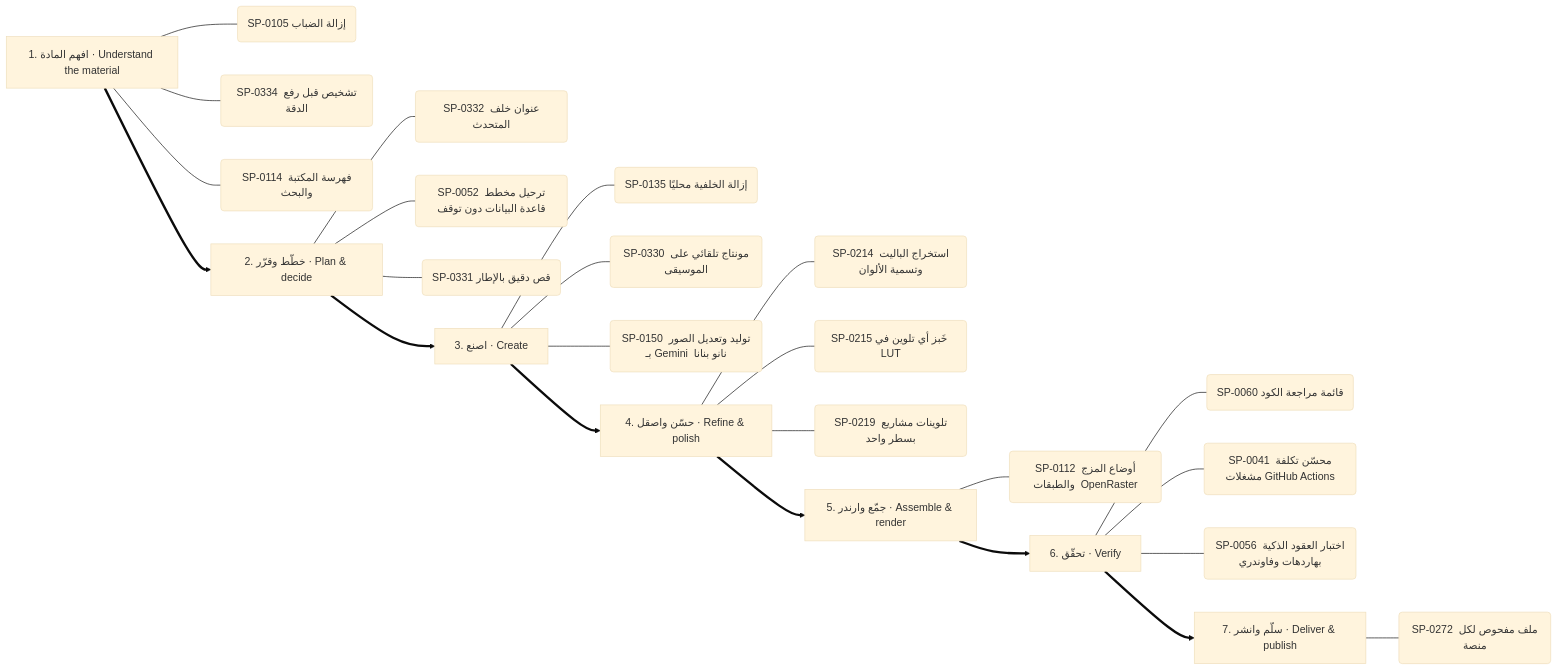
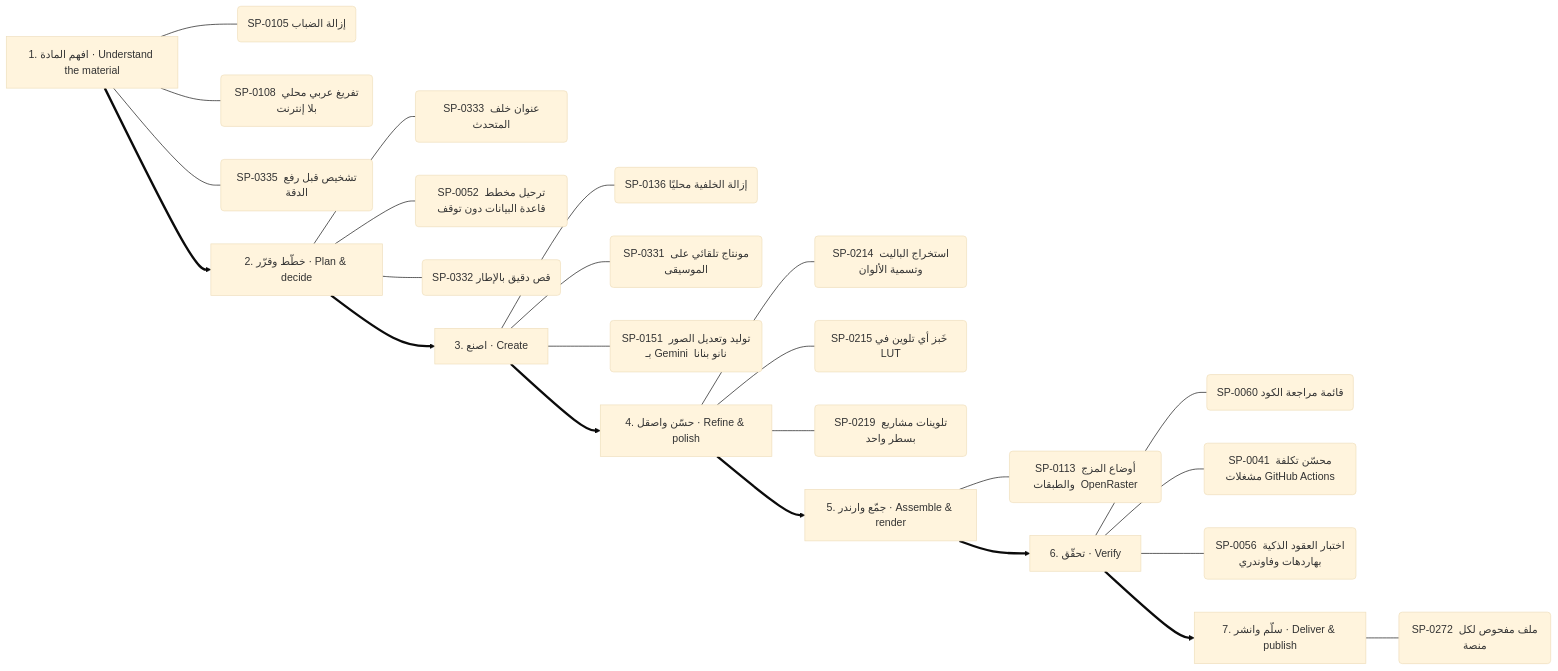
Before and after one commit to kosif199022-jpg/kosif-tool: the seventh of 13 diagrams in .claude/skills/kosif-superpowers/references/capability-mindmap.md, drawn with Mermaid (base theme). The commit also changed other lines of this file and 53 other files, not shown here.

````diff
--- a/.claude/skills/kosif-superpowers/references/capability-mindmap.md
+++ b/.claude/skills/kosif-superpowers/references/capability-mindmap.md
@@ -360,33 +358,33 @@
 ```mermaid
 flowchart LR
   S0["1. افهم المادة · Understand the material"]
   S0 --- S0_0("SP-0105 إزالة الضباب")
-  S0 --- S0_1("SP-0334 تشخيص قبل رفع الدقة")
-  S0 --- S0_2("SP-0114 فهرسة المكتبة والبحث")
+  S0 --- S0_1("SP-0108 تفريغ عربي محلي بلا إنترنت")
+  S0 --- S0_2("SP-0335 تشخيص قبل رفع الدقة")
   S1["2. خطّط وقرّر · Plan & decide"]
-  S1 --- S1_0("SP-0332 عنوان خلف المتحدث")
+  S1 --- S1_0("SP-0333 عنوان خلف المتحدث")
   S1 --- S1_1("SP-0052 ترحيل مخطط قاعدة البيانات دون توقف")
-  S1 --- S1_2("SP-0331 قص دقيق بالإطار")
+  S1 --- S1_2("SP-0332 قص دقيق بالإطار")
   S0 ==> S1
   S2["3. اصنع · Create"]
-  S2 --- S2_0("SP-0135 إزالة الخلفية محليًا")
-  S2 --- S2_1("SP-0330 مونتاج تلقائي على الموسيقى")
-  S2 --- S2_2("SP-0150 توليد وتعديل الصور بـ Gemini  نانو بنانا ")
+  S2 --- S2_0("SP-0136 إزالة الخلفية محليًا")
+  S2 --- S2_1("SP-0331 مونتاج تلقائي على الموسيقى")
+  S2 --- S2_2("SP-0151 توليد وتعديل الصور بـ Gemini  نانو بنانا ")
   S1 ==> S2
   S3["4. حسّن واصقل · Refine & polish"]
   S3 --- S3_0("SP-0214 استخراج الباليت وتسمية الألوان")
   S3 --- S3_1("SP-0215 خَبز أي تلوين في LUT")
   S3 --- S3_2("SP-0219 تلوينات مشاريع بسطر واحد")
   S2 ==> S3
   S4["5. جمّع وارندر · Assemble & render"]
-  S4 --- S4_0("SP-0112 أوضاع المزج والطبقات  OpenRaster ")
+  S4 --- S4_0("SP-0113 أوضاع المزج والطبقات  OpenRaster ")
   S3 ==> S4
   S5["6. تحقّق · Verify"]
   S5 --- S5_0("SP-0060 قائمة مراجعة الكود")
   S5 --- S5_1("SP-0041 محسّن تكلفة مشغلات GitHub Actions")
   S5 --- S5_2("SP-0056 اختبار العقود الذكية بهاردهات وفاوندري")
   S4 ==> S5
   S6["7. سلّم وانشر · Deliver & publish"]
   S6 --- S6_0("SP-0272 ملف مفحوص لكل منصة")
   S5 ==> S6
 ```
````
